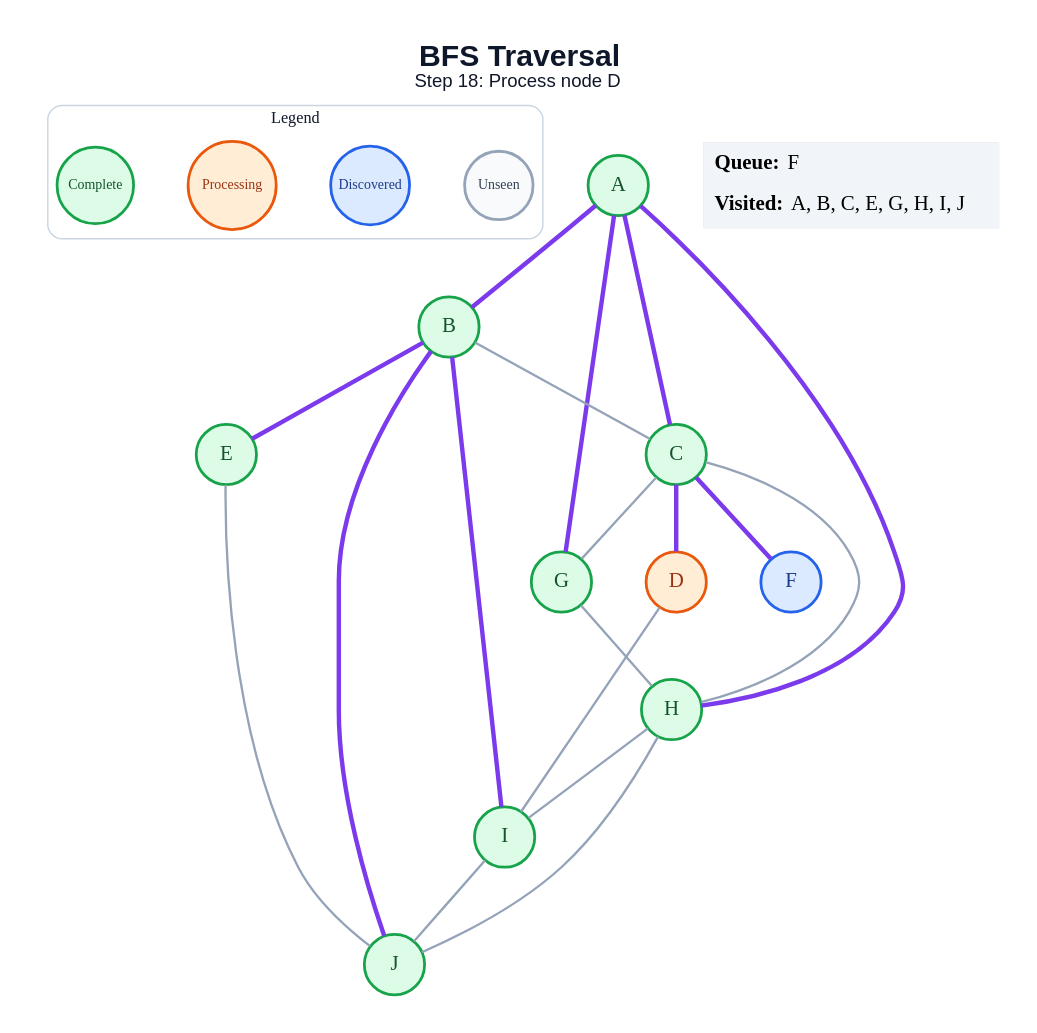
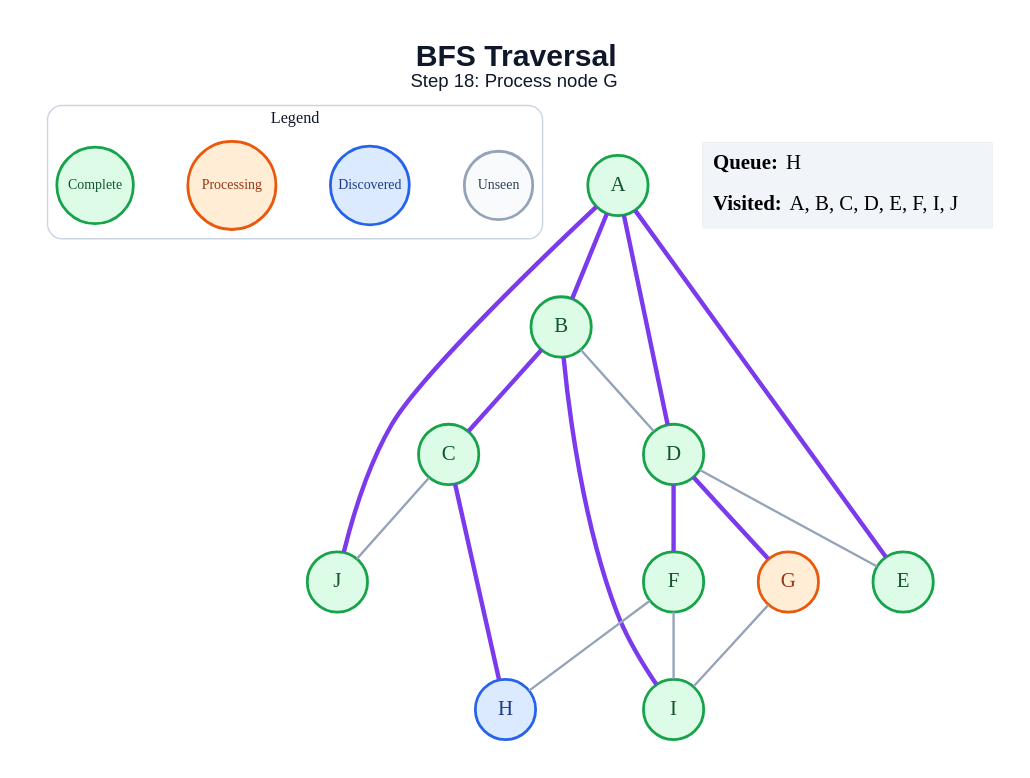
One commit to amanghodawala9/ai-slop changed the diagram in generated/bfs/step_18.dot. Above: the diagram before and after it, drawn with Graphviz. The commit also changed 178 other files, not shown here.

```diff
--- a/generated/bfs/step_18.dot
+++ b/generated/bfs/step_18.dot
@@ -1,47 +1,44 @@
 graph traversal {
   graph [layout=dot, rankdir=TB, bgcolor="#FFFFFF", pad="0.35", nodesep="0.65", ranksep="0.8", fontname="Arial"];
   node [shape=circle, style="filled", fontname="Arial Bold", fontsize=18, width=0.72, fixedsize=true, penwidth=2.4];
   edge [color="#94A3B8", penwidth=2.0];
-  label=<<B>BFS Traversal</B><BR/><FONT POINT-SIZE="16">Step 18: Process node D</FONT>>; labelloc="t"; fontsize=26; fontname="Arial"; fontcolor="#0F172A";
+  label=<<B>BFS Traversal</B><BR/><FONT POINT-SIZE="16">Step 18: Process node G</FONT>>; labelloc="t"; fontsize=26; fontname="Arial"; fontcolor="#0F172A";
   subgraph cluster_legend { label="Legend"; color="#CBD5E1"; penwidth=1.2; style="rounded"; fontsize=14; fontname="Arial Bold";
     key_unseen [label="Unseen", fillcolor="#F8FAFC", color="#94A3B8", fontcolor="#334155", fontsize=12, width=0.82];
     key_frontier [label="Discovered", fillcolor="#DBEAFE", color="#2563EB", fontcolor="#1E3A8A", fontsize=12, width=0.95];
     key_current [label="Processing", fillcolor="#FFEDD5", color="#EA580C", fontcolor="#9A3412", fontsize=12, width=1.05];
     key_done [label="Complete", fillcolor="#DCFCE7", color="#16A34A", fontcolor="#14532D", fontsize=12, width=0.92];
     { rank=same; key_unseen; key_frontier; key_current; key_done; }
   }
   A [fillcolor="#DCFCE7", color="#16A34A", fontcolor="#14532D"];
   B [fillcolor="#DCFCE7", color="#16A34A", fontcolor="#14532D"];
   C [fillcolor="#DCFCE7", color="#16A34A", fontcolor="#14532D"];
-  D [fillcolor="#FFEDD5", color="#EA580C", fontcolor="#9A3412"];
+  D [fillcolor="#DCFCE7", color="#16A34A", fontcolor="#14532D"];
   E [fillcolor="#DCFCE7", color="#16A34A", fontcolor="#14532D"];
-  F [fillcolor="#DBEAFE", color="#2563EB", fontcolor="#1E3A8A"];
-  G [fillcolor="#DCFCE7", color="#16A34A", fontcolor="#14532D"];
-  H [fillcolor="#DCFCE7", color="#16A34A", fontcolor="#14532D"];
+  F [fillcolor="#DCFCE7", color="#16A34A", fontcolor="#14532D"];
+  G [fillcolor="#FFEDD5", color="#EA580C", fontcolor="#9A3412"];
+  H [fillcolor="#DBEAFE", color="#2563EB", fontcolor="#1E3A8A"];
   I [fillcolor="#DCFCE7", color="#16A34A", fontcolor="#14532D"];
   J [fillcolor="#DCFCE7", color="#16A34A", fontcolor="#14532D"];
   A -- B [color="#7C3AED", penwidth=3.8];
-  A -- C [color="#7C3AED", penwidth=3.8];
-  A -- G [color="#7C3AED", penwidth=3.8];
-  A -- H [color="#7C3AED", penwidth=3.8];
-  B -- C;
-  B -- E [color="#7C3AED", penwidth=3.8];
+  A -- D [color="#7C3AED", penwidth=3.8];
+  A -- E [color="#7C3AED", penwidth=3.8];
+  A -- J [color="#7C3AED", penwidth=3.8];
+  B -- C [color="#7C3AED", penwidth=3.8];
+  B -- D;
   B -- I [color="#7C3AED", penwidth=3.8];
-  B -- J [color="#7C3AED", penwidth=3.8];
-  C -- D [color="#7C3AED", penwidth=3.8];
-  C -- F [color="#7C3AED", penwidth=3.8];
-  C -- G;
-  C -- H;
-  D -- I;
-  E -- J;
-  G -- H;
-  H -- I;
-  H -- J;
-  I -- J;
+  C -- H [color="#7C3AED", penwidth=3.8];
+  C -- J;
+  D -- E;
+  D -- F [color="#7C3AED", penwidth=3.8];
+  D -- G [color="#7C3AED", penwidth=3.8];
+  F -- H;
+  F -- I;
+  G -- I;
   status [shape=plain, fixedsize=false, width=0, height=0, margin=0, label=<
     <TABLE BORDER="0" CELLBORDER="0" CELLPADDING="7" BGCOLOR="#F1F5F9">
-      <TR><TD ALIGN="LEFT"><B>Queue:</B> F</TD></TR>
-      <TR><TD ALIGN="LEFT"><B>Visited:</B> A, B, C, E, G, H, I, J</TD></TR>
+      <TR><TD ALIGN="LEFT"><B>Queue:</B> H</TD></TR>
+      <TR><TD ALIGN="LEFT"><B>Visited:</B> A, B, C, D, E, F, I, J</TD></TR>
     </TABLE>
   >];
 }
```
